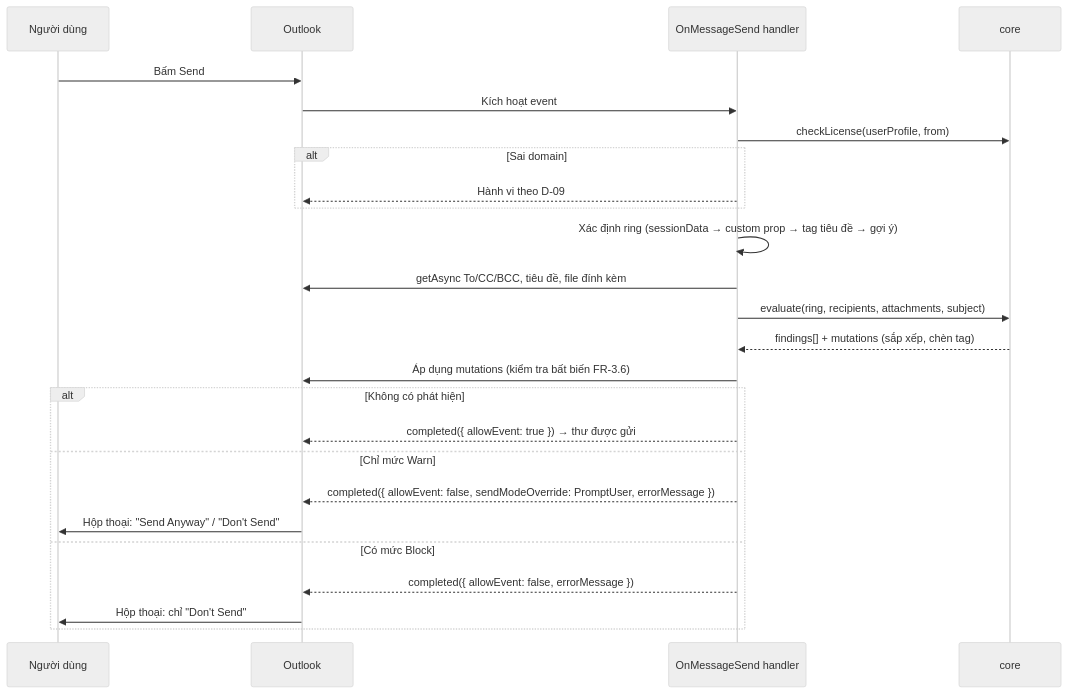
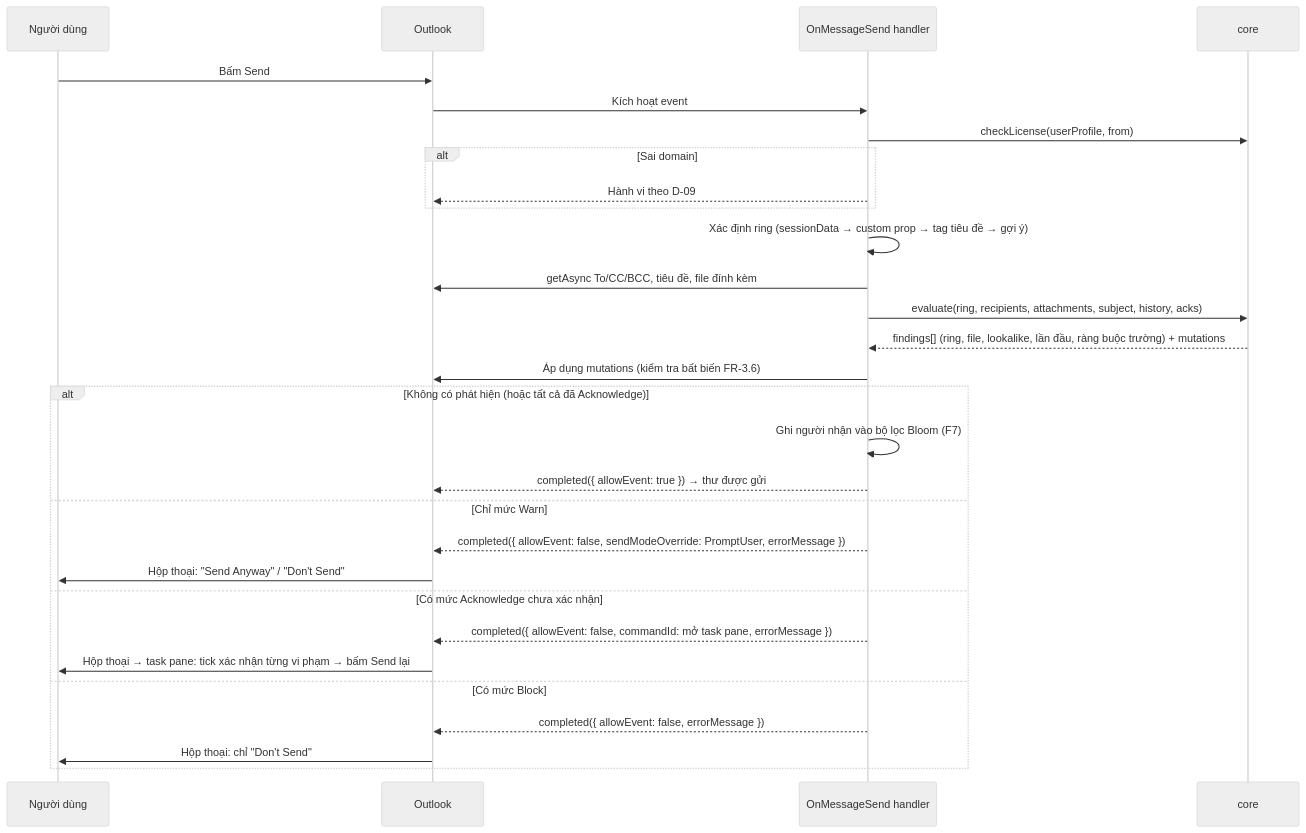
Before and after one commit to tubeoism/secure-mail-ring: the second of 2 diagrams in project_plan.md, drawn with Mermaid (neutral theme). The commit also changed other lines of this file, not shown here.

````diff
--- a/project_plan.md
+++ b/project_plan.md
@@ -257,27 +306,31 @@
 ```mermaid
 sequenceDiagram
   participant U as Người dùng
   participant O as Outlook
   participant H as OnMessageSend handler
   participant C as core
   U->>O: Bấm Send
   O->>H: Kích hoạt event
   H->>C: checkLicense(userProfile, from)
   alt Sai domain
     H-->>O: Hành vi theo D-09
   end
   H->>H: Xác định ring (sessionData → custom prop → tag tiêu đề → gợi ý)
   H->>O: getAsync To/CC/BCC, tiêu đề, file đính kèm
-  H->>C: evaluate(ring, recipients, attachments, subject)
-  C-->>H: findings[] + mutations (sắp xếp, chèn tag)
+  H->>C: evaluate(ring, recipients, attachments, subject, history, acks)
+  C-->>H: findings[] (ring, file, lookalike, lần đầu, ràng buộc trường) + mutations
   H->>O: Áp dụng mutations (kiểm tra bất biến FR-3.6)
-  alt Không có phát hiện
+  alt Không có phát hiện (hoặc tất cả đã Acknowledge)
+    H->>H: Ghi người nhận vào bộ lọc Bloom (F7)
     H-->>O: completed({ allowEvent: true }) → thư được gửi
   else Chỉ mức Warn
     H-->>O: completed({ allowEvent: false, sendModeOverride: PromptUser, errorMessage })
     O->>U: Hộp thoại: "Send Anyway" / "Don't Send"
+  else Có mức Acknowledge chưa xác nhận
+    H-->>O: completed({ allowEvent: false, commandId: mở task pane, errorMessage })
+    O->>U: Hộp thoại → task pane: tick xác nhận từng vi phạm → bấm Send lại
   else Có mức Block
     H-->>O: completed({ allowEvent: false, errorMessage })
     O->>U: Hộp thoại: chỉ "Don't Send"
   end
 ```
````
